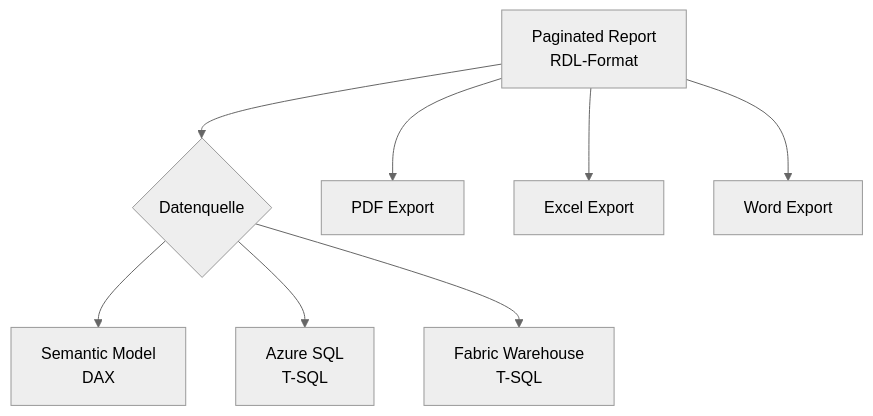
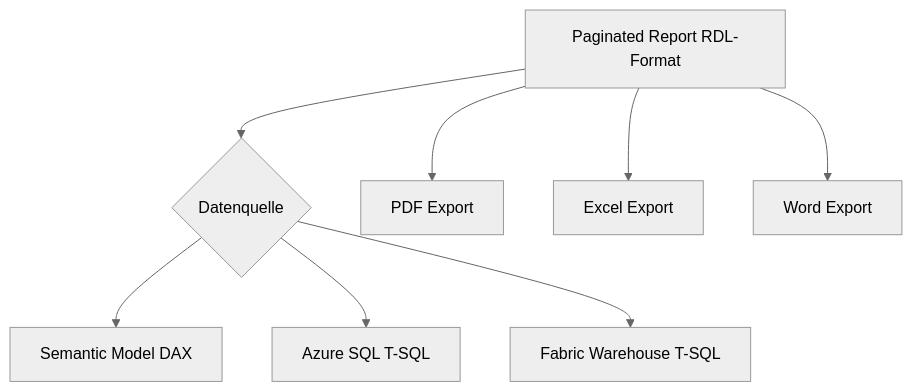
One commit to SoniiiT/notes-n-docs changed the fifth of 9 diagrams in Microsoft 365/Azure/Fabric/Power BI in Fabric.md. Above: the diagram before and after it, drawn with Mermaid (neutral theme). The commit also changed other lines of this file and 124 other files, not shown here.

First line of the commit message:
fix: Entferne \n aus allen Mermaid-Diagrammen (125 Dateien)

````diff
--- a/Microsoft 365/Azure/Fabric/Power BI in Fabric.md
+++ b/Microsoft 365/Azure/Fabric/Power BI in Fabric.md
@@ -223,10 +223,10 @@
 ```mermaid
 graph TD
-    A[Paginated Report\nRDL-Format] --> B{Datenquelle}
-    B --> C[Semantic Model\nDAX]
-    B --> D[Azure SQL\nT-SQL]
-    B --> E[Fabric Warehouse\nT-SQL]
+    A[Paginated Report RDL-Format] --> B{Datenquelle}
+    B --> C[Semantic Model DAX]
+    B --> D[Azure SQL T-SQL]
+    B --> E[Fabric Warehouse T-SQL]
     A --> F[PDF Export]
     A --> G[Excel Export]
     A --> H[Word Export]
 ```
````
